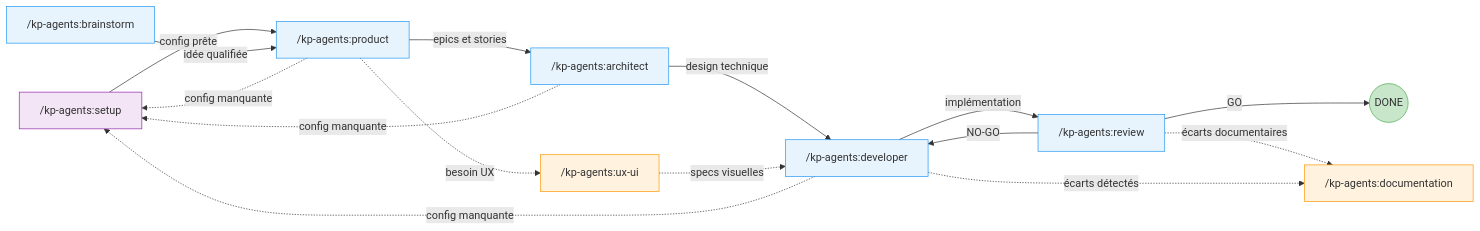
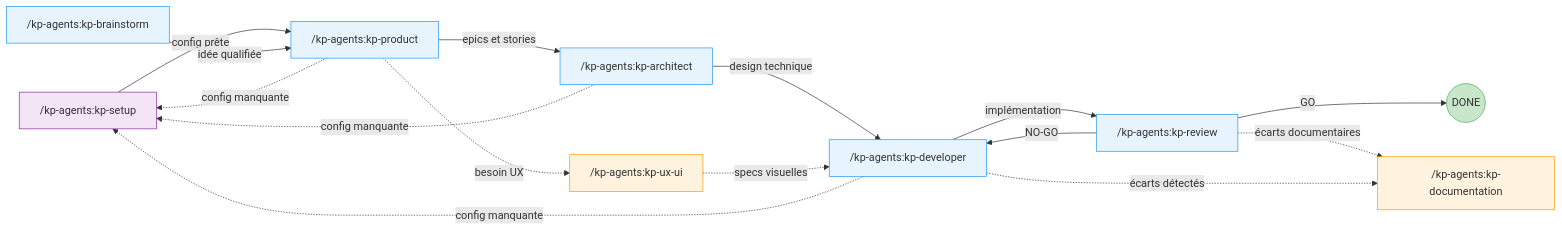
One commit to KeyProd/kp-agents changed the first of 9 diagrams in docs/agents.md. Above: the diagram before and after it, drawn with Mermaid. The commit also changed other lines of this file and 129 other files, not shown here.

````diff
--- a/docs/agents.md
+++ b/docs/agents.md
@@ -44,39 +44,39 @@
 ```mermaid
 flowchart LR
-    S["/kp-agents:setup"]
-    B["/kp-agents:brainstorm"]
-    P["/kp-agents:product"]
-    A["/kp-agents:architect"]
-    D["/kp-agents:developer"]
-    R["/kp-agents:review"]
-    UX["/kp-agents:ux-ui"]
-    DOC["/kp-agents:documentation"]
+    S["/kp-agents:kp-setup"]
+    B["/kp-agents:kp-brainstorm"]
+    P["/kp-agents:kp-product"]
+    A["/kp-agents:kp-architect"]
+    D["/kp-agents:kp-developer"]
+    R["/kp-agents:kp-review"]
+    UX["/kp-agents:kp-ux-ui"]
+    DOC["/kp-agents:kp-documentation"]
     FIN((DONE))
 
     S -->|config prête| P
     B -->|idée qualifiée| P
     P -->|epics et stories| A
     A -->|design technique| D
     D -->|implémentation| R
     R -->|GO| FIN
 
     R -->|NO-GO| D
 
     P -.->|besoin UX| UX
     UX -.->|specs visuelles| D
     R -.->|écarts documentaires| DOC
     D -.->|écarts détectés| DOC
     P -.->|config manquante| S
     A -.->|config manquante| S
     D -.->|config manquante| S
 
     style S fill:#f3e5f5,stroke:#8E24AA
     style B fill:#e8f4fd,stroke:#2196F3
     style P fill:#e8f4fd,stroke:#2196F3
     style A fill:#e8f4fd,stroke:#2196F3
     style D fill:#e8f4fd,stroke:#2196F3
     style R fill:#e8f4fd,stroke:#2196F3
     style UX fill:#fff3e0,stroke:#FF9800
     style DOC fill:#fff3e0,stroke:#FF9800
     style FIN fill:#c8e6c9,stroke:#4CAF50
 ```
````
